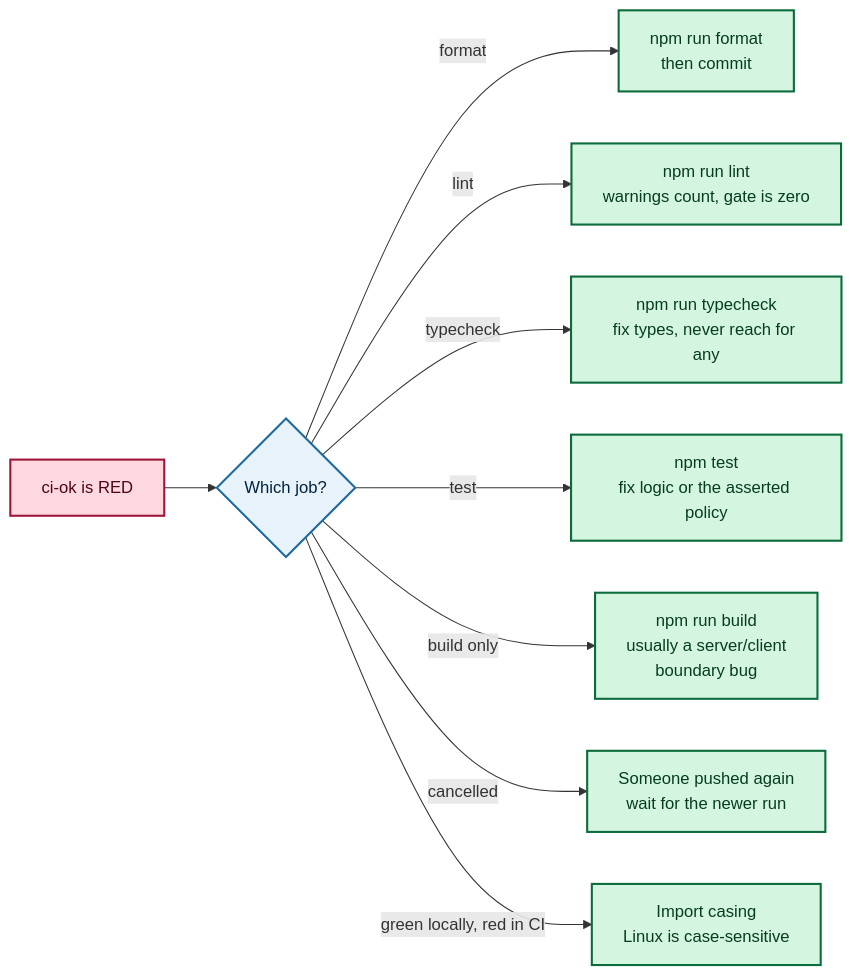
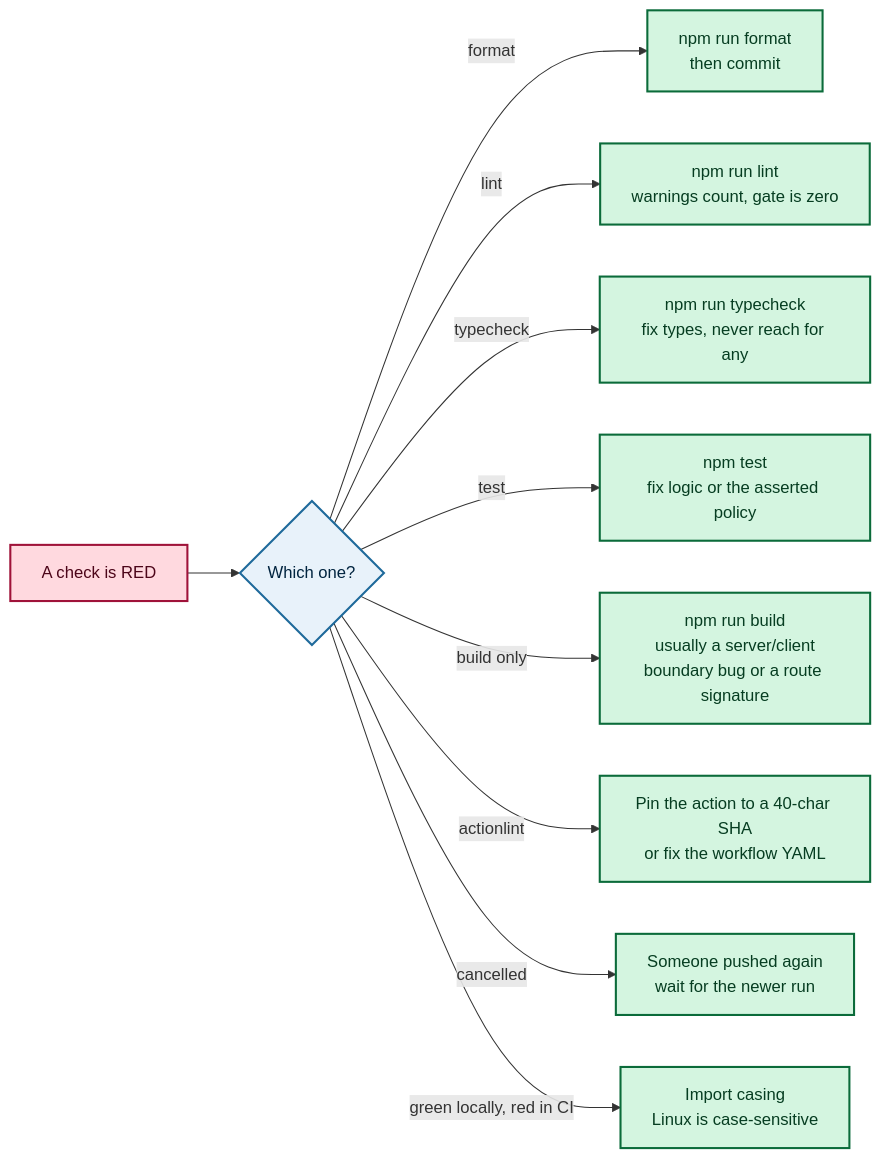
One commit to acmpsu/acm-website changed the ninth of 11 diagrams in docs/ci-map.md. Above: the diagram before and after it, drawn with Mermaid. The commit also changed other lines of this file and 2 other files, not shown here.

````diff
--- a/docs/ci-map.md
+++ b/docs/ci-map.md
@@ -294,18 +267,19 @@
 ```mermaid
 flowchart LR
-    R["ci-ok is RED"] --> W{"Which job?"}
+    R["A check is RED"] --> W{"Which one?"}
     W -->|"format"| F1["npm run format<br/>then commit"]
     W -->|"lint"| F2["npm run lint<br/>warnings count, gate is zero"]
     W -->|"typecheck"| F3["npm run typecheck<br/>fix types, never reach for any"]
     W -->|"test"| F4["npm test<br/>fix logic or the asserted policy"]
-    W -->|"build only"| F5["npm run build<br/>usually a server/client<br/>boundary bug"]
-    W -->|"cancelled"| F6["Someone pushed again<br/>wait for the newer run"]
-    W -->|"green locally, red in CI"| F7["Import casing<br/>Linux is case-sensitive"]
+    W -->|"build only"| F5["npm run build<br/>usually a server/client<br/>boundary bug or a route signature"]
+    W -->|"actionlint"| F6["Pin the action to a 40-char SHA<br/>or fix the workflow YAML"]
+    W -->|"cancelled"| F7["Someone pushed again<br/>wait for the newer run"]
+    W -->|"green locally, red in CI"| F8["Import casing<br/>Linux is case-sensitive"]
 
     classDef bad fill:#ffd9df,stroke:#9f1239,stroke-width:2px,color:#4c0519
     classDef dec fill:#e8f2fa,stroke:#1f6a9b,stroke-width:2px,color:#00243f
     classDef fix fill:#d4f5e0,stroke:#0b6b3a,stroke-width:2px,color:#063d21
     class R bad
     class W dec
-    class F1,F2,F3,F4,F5,F6,F7 fix
+    class F1,F2,F3,F4,F5,F6,F7,F8 fix
 ```
````
